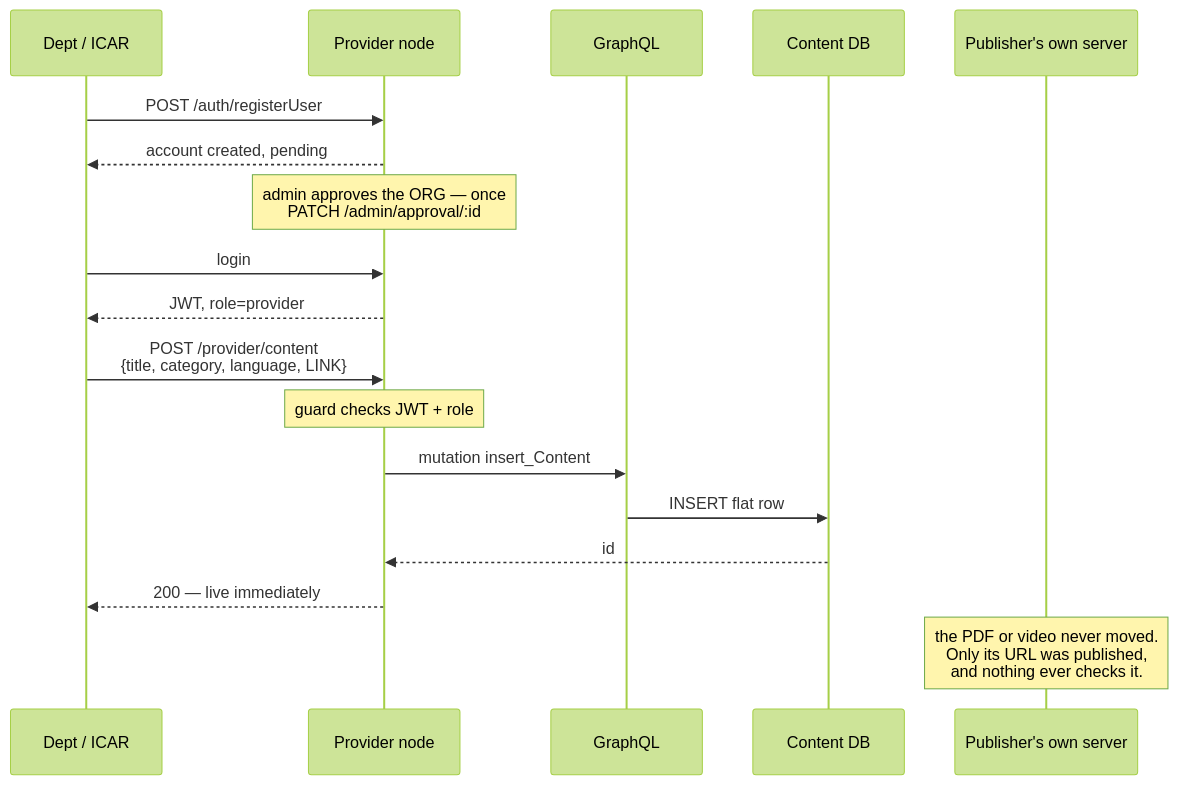
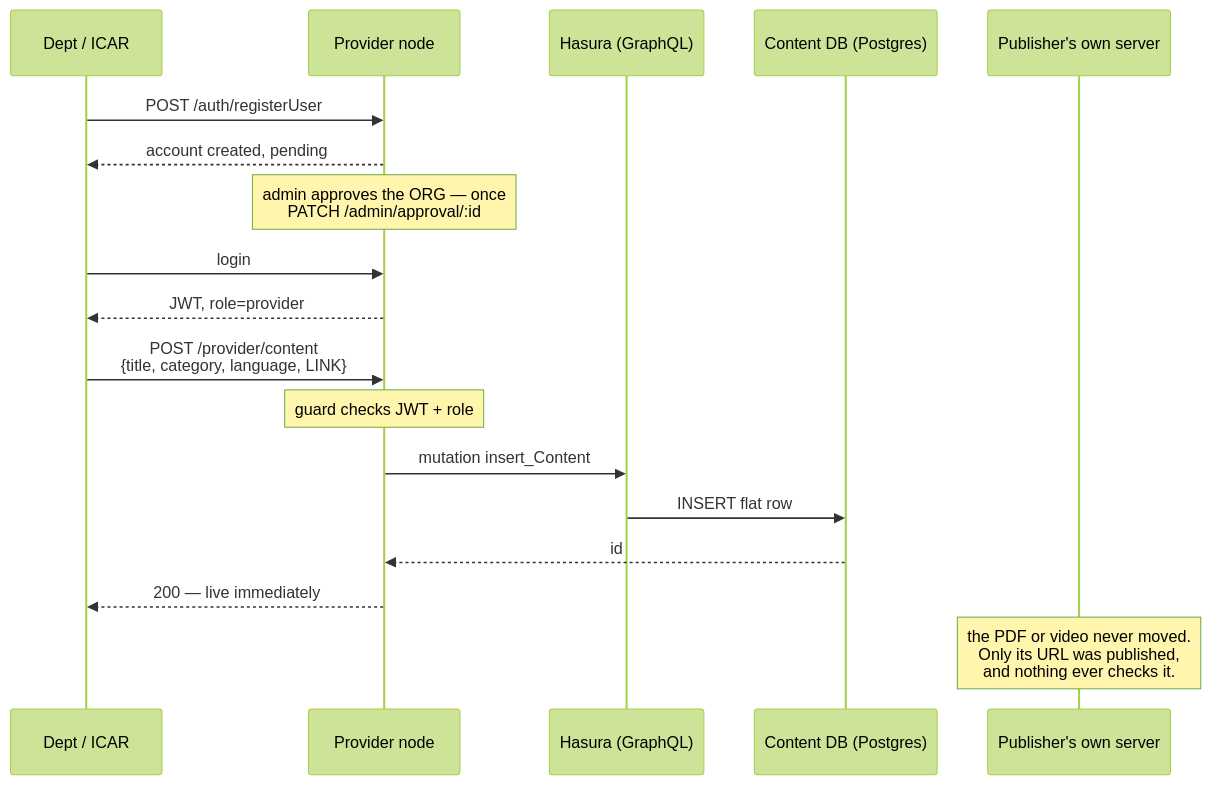
The second of 10 diagrams in ARCHITECTURE.md (manjudr/documents), drawn with Mermaid (forest theme) before and after one commit. The commit also changed other lines of this file, not shown here.

Commit message:
Name Hasura and Postgres explicitly in the publish diagrams

````diff
--- a/ARCHITECTURE.md
+++ b/ARCHITECTURE.md
@@ -237,21 +237,21 @@
 ```mermaid
 sequenceDiagram
   participant D as Dept / ICAR
   participant N as Provider node
-  participant G as GraphQL
-  participant DB as Content DB
+  participant G as Hasura (GraphQL)
+  participant DB as Content DB (Postgres)
   participant H as Publisher's own server
 
   D->>N: POST /auth/registerUser
   N-->>D: account created, pending
   Note over N: admin approves the ORG — once<br/>PATCH /admin/approval/:id
   D->>N: login
   N-->>D: JWT, role=provider
   D->>N: POST /provider/content<br/>{title, category, language, LINK}
   Note over N: guard checks JWT + role
   N->>G: mutation insert_Content
   G->>DB: INSERT flat row
   DB-->>N: id
   N-->>D: 200 — live immediately
   Note over H: the PDF or video never moved.<br/>Only its URL was published,<br/>and nothing ever checks it.
 ```
````
